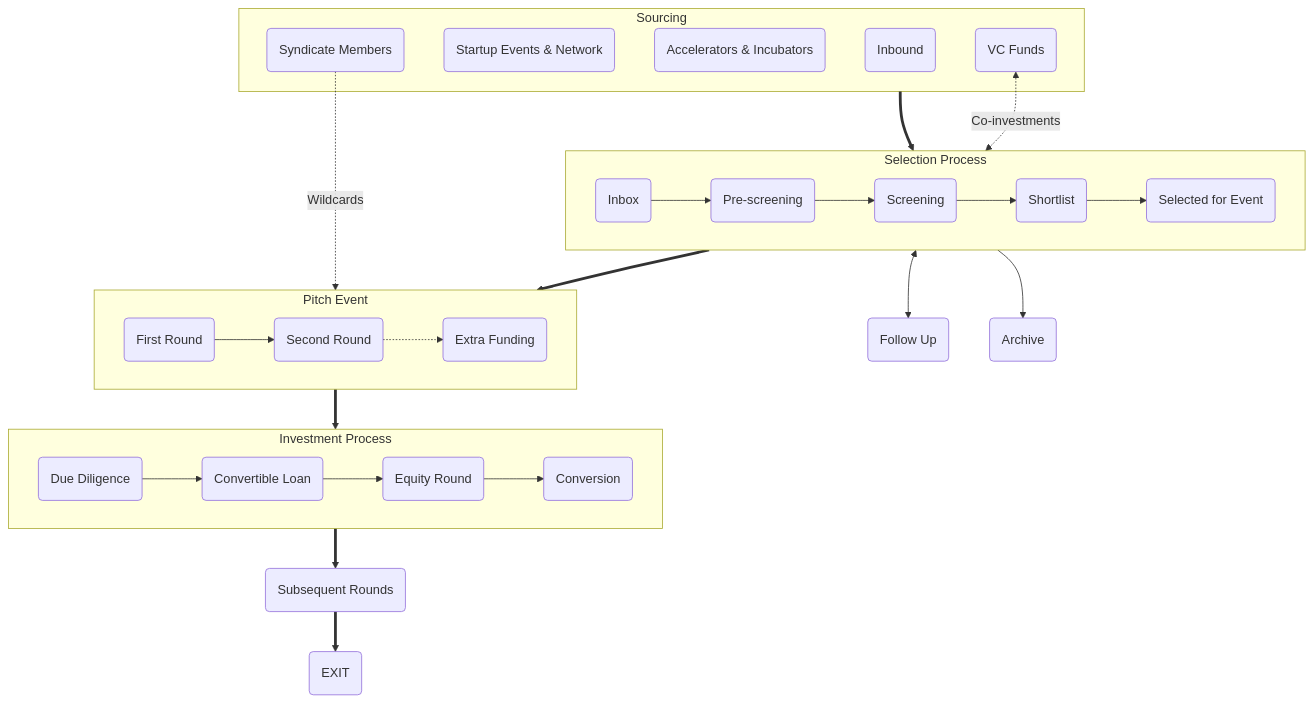
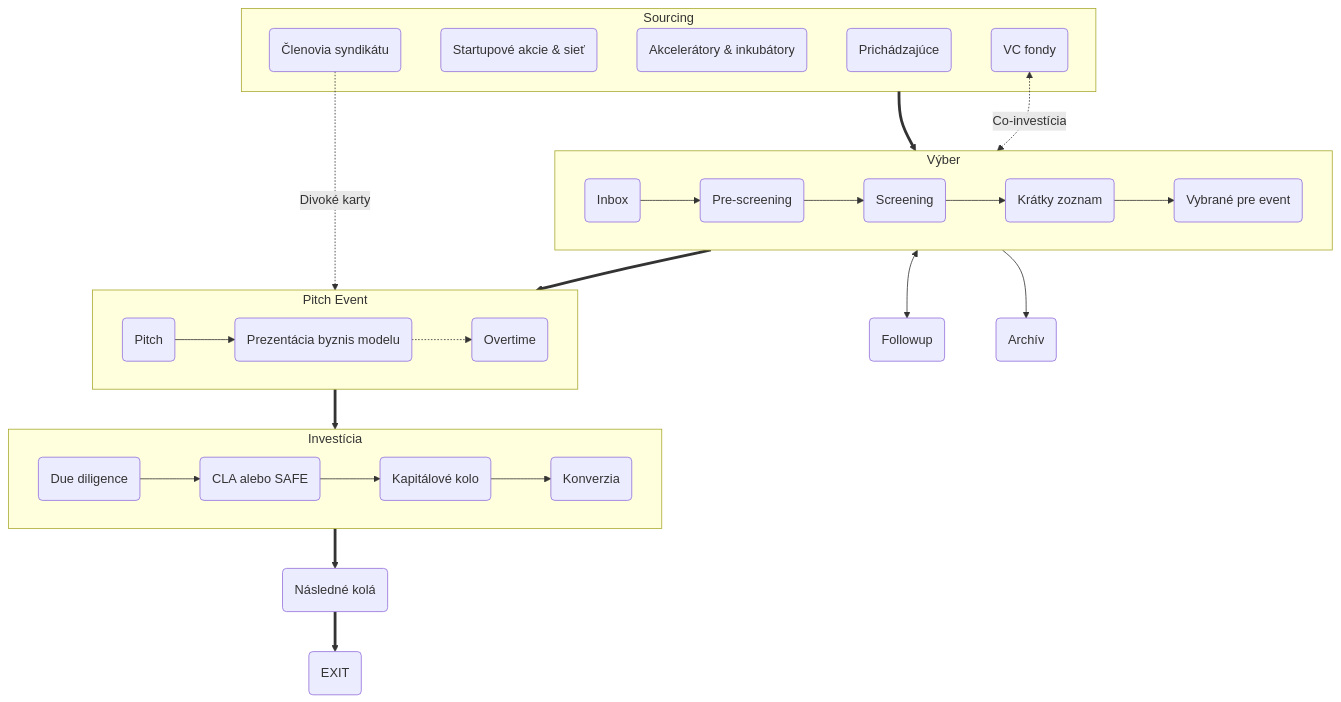
Before and after one commit to kdsp-net/gluon-web: the diagram in content/slovak/how-we-invest/_index.md, drawn with Mermaid. The commit also changed other lines of this file and 6 other files, not shown here.

Commit message:
Translated "how we invest", updated worker in orderForm.js

```diff
--- a/content/slovak/how-we-invest/_index.md
+++ b/content/slovak/how-we-invest/_index.md
@@ -11,86 +9,86 @@
 
 flowchart TD
 
-inbound("Inbound")
-events("Startup Events & Network")
-accelerators("Accelerators & Incubators")
-members("Syndicate Members")
+inbound("Prichádzajúce")
+events("Startupové akcie & sieť")
+accelerators("Akcelerátory & inkubátory")
+members("Členovia syndikátu")
 inbox("Inbox")
 prescreening("Pre-screening")
 screening("Screening")
-selectedForEvent("Selected for Event")
-shortlist("Shortlist")
-vc("VC Funds")
-followup("Follow Up")
-archive("Archive")
-firstRound("First Round")
-secondRound("Second Round")
-extraFunding("Extra Funding")
-dueDiligence("Due Diligence")
-cla("Convertible Loan")
-qualifiedRound("Equity Round")
-conversion("Conversion")
-subsequentRounds("Subsequent Rounds")
+selectedForEvent("Vybrané pre event")
+shortlist("Krátky zoznam")
+vc("VC fondy")
+followup("Followup")
+archive("Archív")
+firstRound("Pitch")
+secondRound("Prezentácia byznis modelu")
+overtime("Overtime")
+dueDiligence("Due diligence")
+note("CLA alebo SAFE")
+qualifiedRound("Kapitálové kolo")
+conversion("Konverzia")
+subsequentRounds("Následné kolá")
 exit("EXIT") 
 
-click members href "#syndicate-members"
-click events href "#startup-events--network"
-click accelerators href "#accelerators--incubators"
-click inbound href "#inbound"
-click vc href "#vc-funds"
-click inbox href "#inbox"
-click prescreening href "#pre-screening"
-click screening href "#screening"
-click shortlist href "#shortlist"
-click selectedForEvent href "#selected-for-event"
-click firstRound href "#first-round"
-click secondRound href "#second-round"
-click extraFunding href "#extra-funding"
-click dueDiligence href "#due-diligence-dd"
-click cla href "#convertible-loan"
-click qualifiedRound href "#equity-round"
-click conversion href "#conversion"
-click subsequentRounds href "#subsequent-rounds"
-click exit href "#exit"
+click members href "https://kb.gluon.vc/Knowledge+Base/How+We+Invest/Sourcing#Syndicate+Members"
+click events href "https://kb.gluon.vc/Knowledge+Base/How+We+Invest/Sourcing#Startup+Events+%26+Network"
+click accelerators href "https://kb.gluon.vc/Knowledge+Base/How+We+Invest/Sourcing#Accelerators+%26+Incubators"
+click inbound href "https://kb.gluon.vc/Knowledge+Base/How+We+Invest/Sourcing#Inbound"
+click vc href "https://kb.gluon.vc/Knowledge+Base/How+We+Invest/Sourcing#VC+Funds"
+click inbox href "https://kb.gluon.vc/Knowledge+Base/How+We+Invest/Selection#Inbox"
+click prescreening href "https://kb.gluon.vc/Knowledge+Base/How+We+Invest/Selection#Pre-Screening"
+click screening href "https://kb.gluon.vc/Knowledge+Base/How+We+Invest/Selection#Screening"
+click shortlist href "https://kb.gluon.vc/Knowledge+Base/How+We+Invest/Selection#Shortlist"
+click selectedForEvent href "https://kb.gluon.vc/Knowledge+Base/How+We+Invest/Selection#Selected+for+Event"
+click firstRound href "https://kb.gluon.vc/Knowledge+Base/How+We+Invest/Pitch+Events#Pitch"
+click secondRound href "https://kb.gluon.vc/Knowledge+Base/How+We+Invest/Pitch+Events#Business+Model+Presentation"
+click overtime href "https://kb.gluon.vc/Knowledge+Base/How+We+Invest/Pitch+Events#Overtime"
+click dueDiligence href "https://kb.gluon.vc/Knowledge+Base/How+We+Invest/Investment#Due+Diligence"
+click note href "https://kb.gluon.vc/Knowledge+Base/How+We+Invest/Investment#CLA+or+SAFE"
+click qualifiedRound href "https://kb.gluon.vc/Knowledge+Base/How+We+Invest/Investment#Equity+Round"
+click conversion href "https://kb.gluon.vc/Knowledge+Base/How+We+Invest/Investment#Conversion"
+click subsequentRounds href "https://kb.gluon.vc/Knowledge+Base/How+We+Invest/Subsequent+Rounds+and+Exit#Subsequent+Rounds"
+click exit href "https://kb.gluon.vc/Knowledge+Base/How+We+Invest/Subsequent+Rounds+and+Exit#Exit"
 
-subgraph sourcing ["Sourcing"]
-  inbound
-  events
-  accelerators
-  vc
-  members
+subgraph sourcing[Sourcing]
+  inbound
+  events
+  accelerators
+  vc
+  members
 end
 
-vc <-. "Co-investments" .-> selection
+vc <-. "Co-investícia" .-> selection
 sourcing ==> selection
 
-subgraph selection ["Selection Process"]
-  direction LR
-  inbox --> prescreening
-  prescreening --> screening
-  screening --> shortlist
-  shortlist --> selectedForEvent
+subgraph selection[Výber]
+  direction LR
+  inbox --> prescreening
+  prescreening --> screening
+  screening --> shortlist
+  shortlist --> selectedForEvent
 end 
 
 selection <--> followup
 selection ==> event
 selection --> archive
 
-members -. "Wildcards" .-> event  
+members -. "Divoké karty" .-> event  
 
-subgraph event ["Pitch Event"]
-  direction LR
-  firstRound --> secondRound
-  secondRound .-> extraFunding
+subgraph event[Pitch Event]
+  direction LR
+  firstRound --> secondRound
+  secondRound .-> overtime
 end 
 
 event ==> investment  
 
-subgraph investment ["Investment Process"]
-  direction LR
-  dueDiligence --> cla
-  cla --> qualifiedRound
-  qualifiedRound --> conversion
+subgraph investment[Investícia]
+  direction LR
+  dueDiligence --> note
+  note --> qualifiedRound
+  qualifiedRound --> conversion
 end
 
 investment ==> subsequentRounds
```
